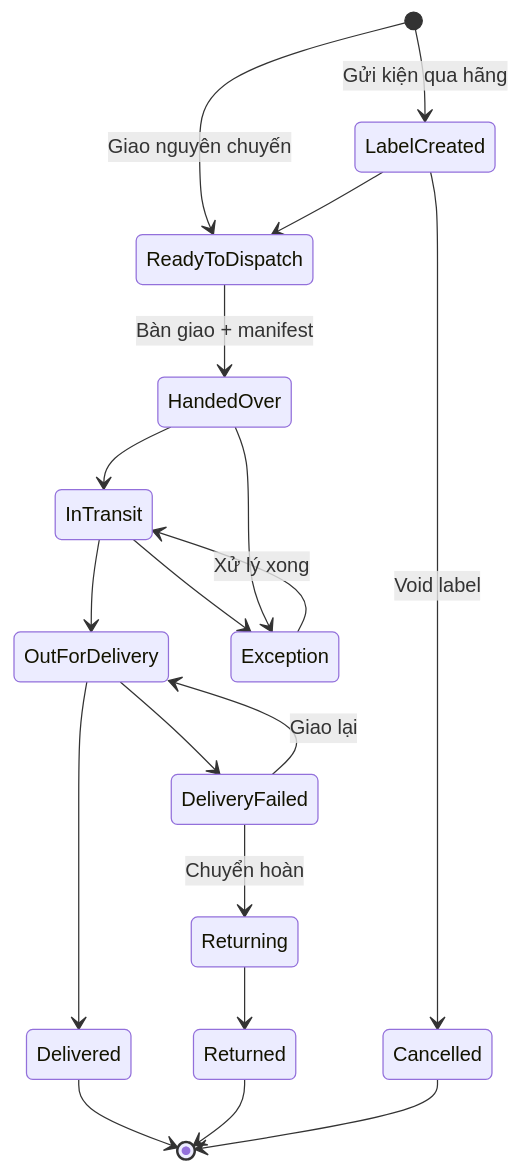
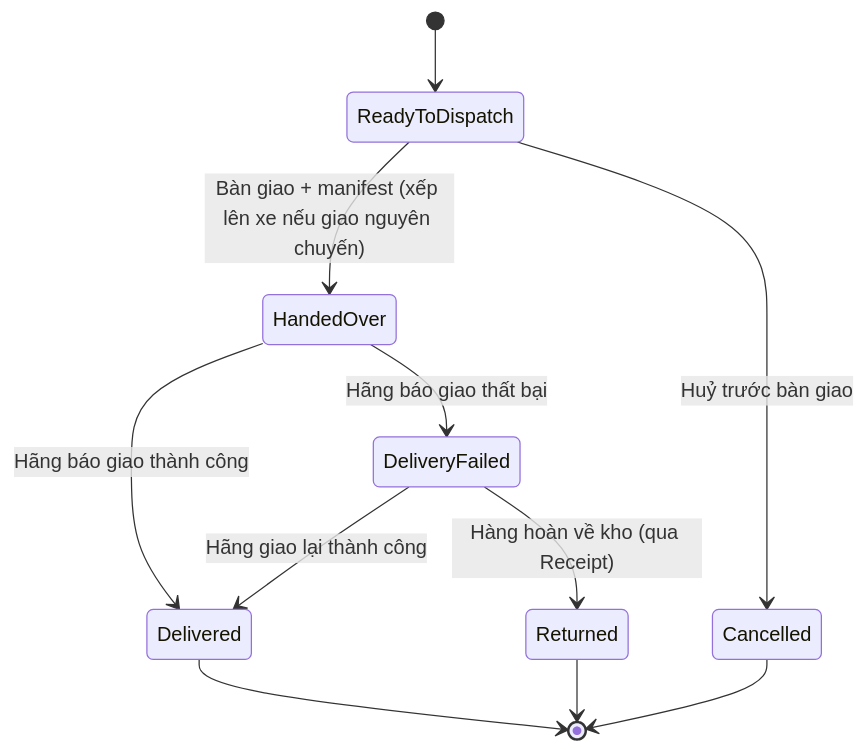
The first of 2 diagrams in docs/warehouse/09-shipping/README.md (KLTN-FA26/docs), drawn with Mermaid before and after one commit. The commit also changed other lines of this file and 21 other files, not shown here.

````diff
--- a/docs/warehouse/09-shipping/README.md
+++ b/docs/warehouse/09-shipping/README.md
@@ -156,21 +151,13 @@
 ```mermaid
 stateDiagram-v2
-    [*] --> LabelCreated: Gửi kiện qua hãng
-    [*] --> ReadyToDispatch: Giao nguyên chuyến
-    LabelCreated --> ReadyToDispatch
-    LabelCreated --> Cancelled: Void label
-    ReadyToDispatch --> HandedOver: Bàn giao + manifest
-    HandedOver --> InTransit
-    InTransit --> OutForDelivery
-    OutForDelivery --> Delivered
-    OutForDelivery --> DeliveryFailed
-    DeliveryFailed --> OutForDelivery: Giao lại
-    DeliveryFailed --> Returning: Chuyển hoàn
-    Returning --> Returned
-    InTransit --> Exception
-    HandedOver --> Exception
-    Exception --> InTransit: Xử lý xong
+    [*] --> ReadyToDispatch
+    ReadyToDispatch --> HandedOver: Bàn giao + manifest (xếp lên xe nếu giao nguyên chuyến)
+    ReadyToDispatch --> Cancelled: Huỷ trước bàn giao
+    HandedOver --> Delivered: Hãng báo giao thành công
+    HandedOver --> DeliveryFailed: Hãng báo giao thất bại
+    DeliveryFailed --> Delivered: Hãng giao lại thành công
+    DeliveryFailed --> Returned: Hàng hoàn về kho (qua Receipt)
     Delivered --> [*]
     Returned --> [*]
     Cancelled --> [*]
 ```
````
